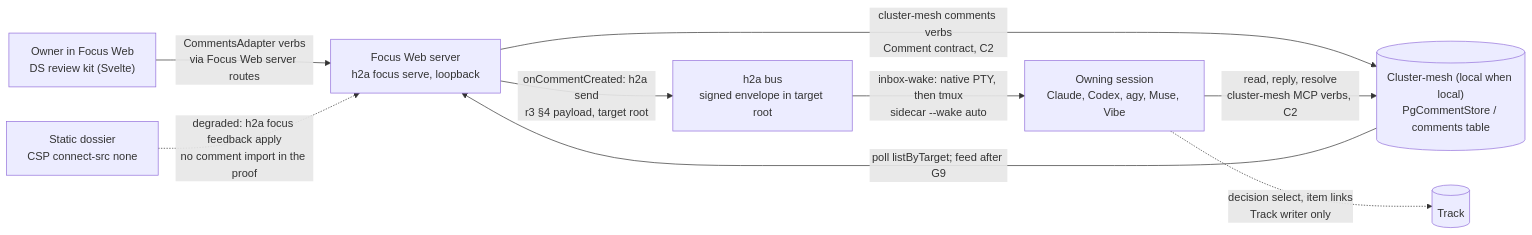
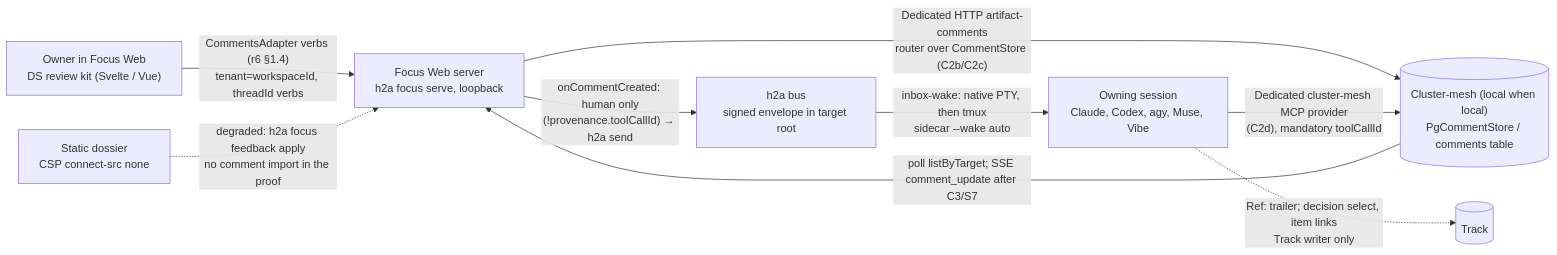
The first of 2 diagrams in docs/specs/2026-11-17-SPEC_EVOL_local-artifact-review.md (rhanka/h2a), drawn with Mermaid before and after one commit. The commit also changed other lines of this file, not shown here.

Commit message:
docs(spec): realign local artifact review on DS contract r6

````diff
--- a/docs/specs/2026-11-17-SPEC_EVOL_local-artifact-review.md
+++ b/docs/specs/2026-11-17-SPEC_EVOL_local-artifact-review.md
@@ -16,11 +16,11 @@
 ```mermaid
 flowchart LR
-  O["Owner in Focus Web<br/>DS review kit (Svelte)"] -->|"CommentsAdapter verbs<br/>via Focus Web server routes"| FW["Focus Web server<br/>h2a focus serve, loopback"]
-  FW -->|"cluster-mesh comments verbs<br/>Comment contract, C2"| CM[("Cluster-mesh (local when local)<br/>PgCommentStore / comments table")]
-  FW -->|"onCommentCreated: h2a send<br/>r3 §4 payload, target root"| BUS["h2a bus<br/>signed envelope in target root"]
+  O["Owner in Focus Web<br/>DS review kit (Svelte / Vue)"] -->|"CommentsAdapter verbs (r6 §1.4)<br/>tenant=workspaceId, threadId verbs"| FW["Focus Web server<br/>h2a focus serve, loopback"]
+  FW -->|"Dedicated HTTP artifact-comments<br/>router over CommentStore (C2b/C2c)"| CM[("Cluster-mesh (local when local)<br/>PgCommentStore / comments table")]
+  FW -->|"onCommentCreated: human only<br/>(!provenance.toolCallId) → h2a send"| BUS["h2a bus<br/>signed envelope in target root"]
   BUS -->|"inbox-wake: native PTY, then tmux<br/>sidecar --wake auto"| S["Owning session<br/>Claude, Codex, agy, Muse, Vibe"]
-  S -->|"read, reply, resolve<br/>cluster-mesh MCP verbs, C2"| CM
-  CM -->|"poll listByTarget; feed after G9"| FW
-  S -.->|"decision select, item links<br/>Track writer only"| T[("Track")]
+  S -->|"Dedicated cluster-mesh MCP provider<br/>(C2d), mandatory toolCallId"| CM
+  CM -->|"poll listByTarget; SSE comment_update after C3/S7"| FW
+  S -.->|"Ref: trailer; decision select, item links<br/>Track writer only"| T[("Track")]
   SD["Static dossier<br/>CSP connect-src none"] -.->|"degraded: h2a focus feedback apply<br/>no comment import in the proof"| FW
 ```
````
